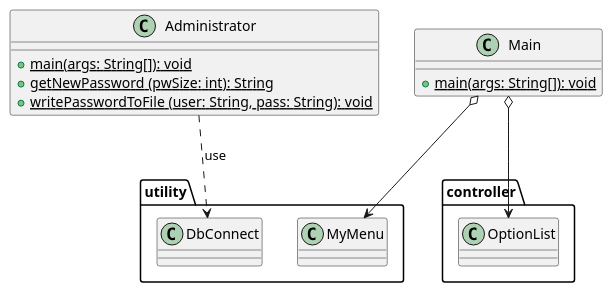
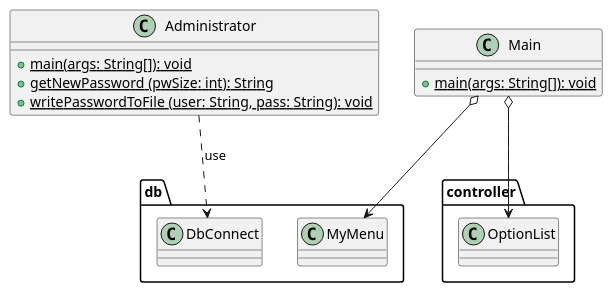
One commit to bernagit/IngegneriaSoftware changed the diagram in Documentation/Ver1/main.puml. Above: the diagram before and after it, drawn with PlantUML. The commit also changed 37 other files, not shown here.

```diff
--- a/Documentation/Ver1/main.puml
+++ b/Documentation/Ver1/main.puml
@@ -1,19 +1,19 @@
 @startuml main
 class Administrator {
     +{static} main(args: String[]): void
     +{static} getNewPassword (pwSize: int): String
     +{static} writePasswordToFile (user: String, pass: String): void
 
 }
 
 class Main {
     +{static} main(args: String[]): void
 }
 
 
 Main o--> controller.OptionList
-Main o--> utility.MyMenu
+Main o--> db.MyMenu
 
-Administrator ..> utility.DbConnect: use
+Administrator ..> db.DbConnect: use
 
 @enduml
```
